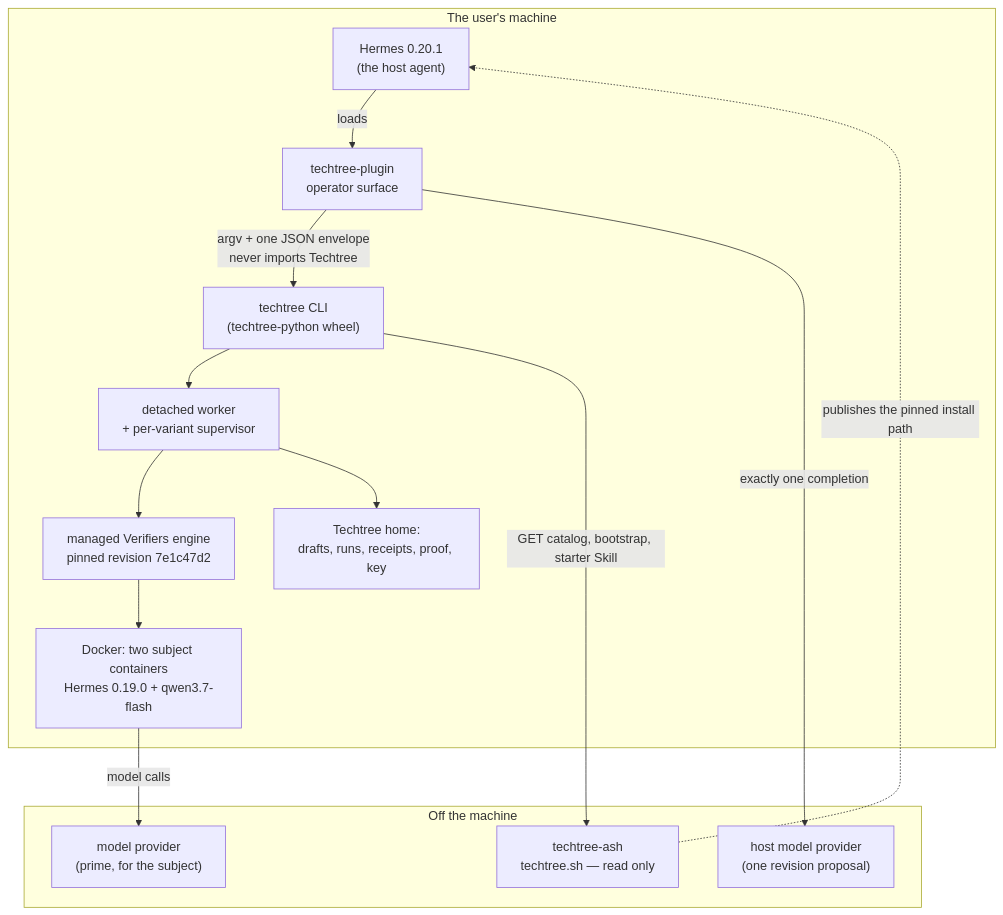
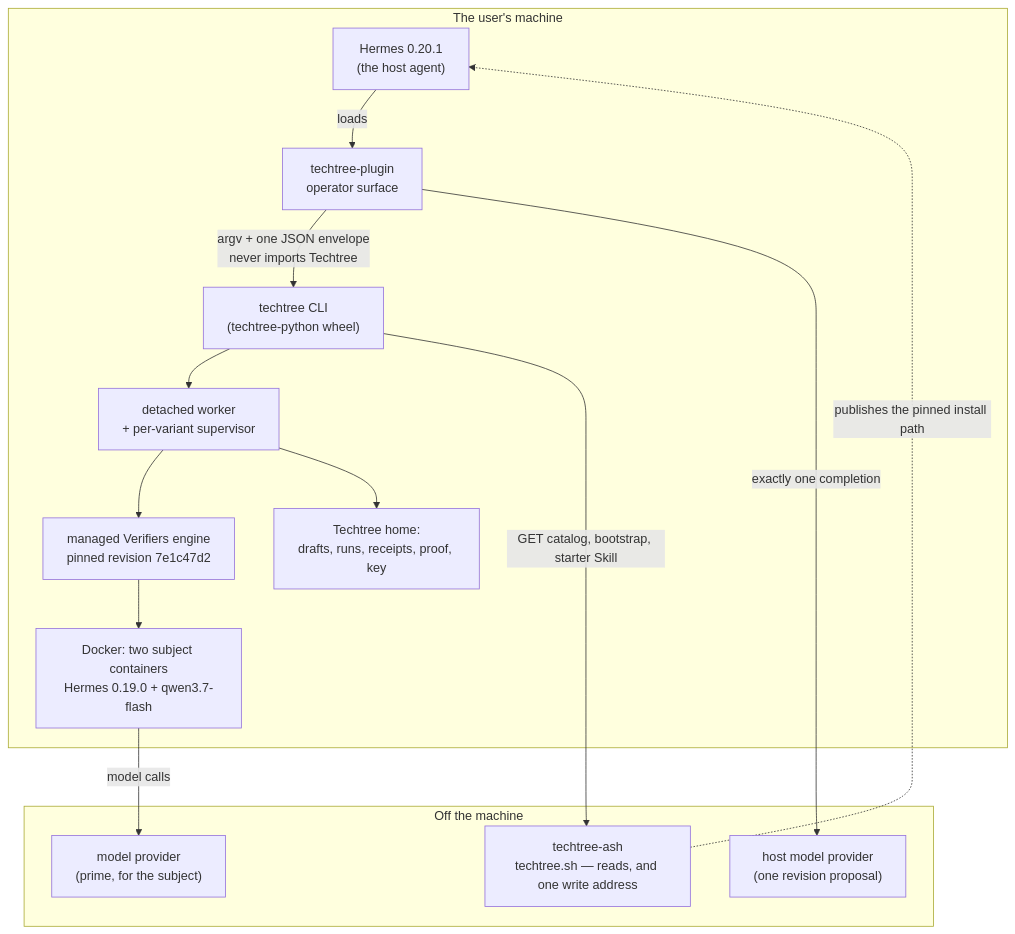
Before and after one commit to regents-ai/techtree: the first of 6 diagrams in cli/docs/product-architecture.md, drawn with Mermaid. The commit also changed other lines of this file and 23 other files, not shown here.

````diff
--- a/cli/docs/product-architecture.md
+++ b/cli/docs/product-architecture.md
@@ -661,26 +667,26 @@
 ```mermaid
 graph TB
     subgraph host["The user's machine"]
         H["Hermes 0.20.1<br/>(the host agent)"]
         P["techtree-plugin<br/>operator surface"]
         C["techtree CLI<br/>(techtree-python wheel)"]
         W["detached worker<br/>+ per-variant supervisor"]
         E["managed Verifiers engine<br/>pinned revision 7e1c47d2"]
         D["Docker: two subject containers<br/>Hermes 0.19.0 + qwen3.7-flash"]
         S["Techtree home:<br/>drafts, runs, receipts, proof, key"]
     end
     subgraph net["Off the machine"]
-        A["techtree-ash<br/>techtree.sh — read only"]
+        A["techtree-ash<br/>techtree.sh — reads, and one write address"]
         PR["model provider<br/>(prime, for the subject)"]
         HP["host model provider<br/>(one revision proposal)"]
     end
 
     H -->|loads| P
     P -->|"argv + one JSON envelope<br/>never imports Techtree"| C
     P -->|"exactly one completion"| HP
     C --> W --> E --> D
     D -->|model calls| PR
     W --> S
     C -->|"GET catalog, bootstrap, starter Skill"| A
     A -.->|"publishes the pinned install path"| H
 ```
````
